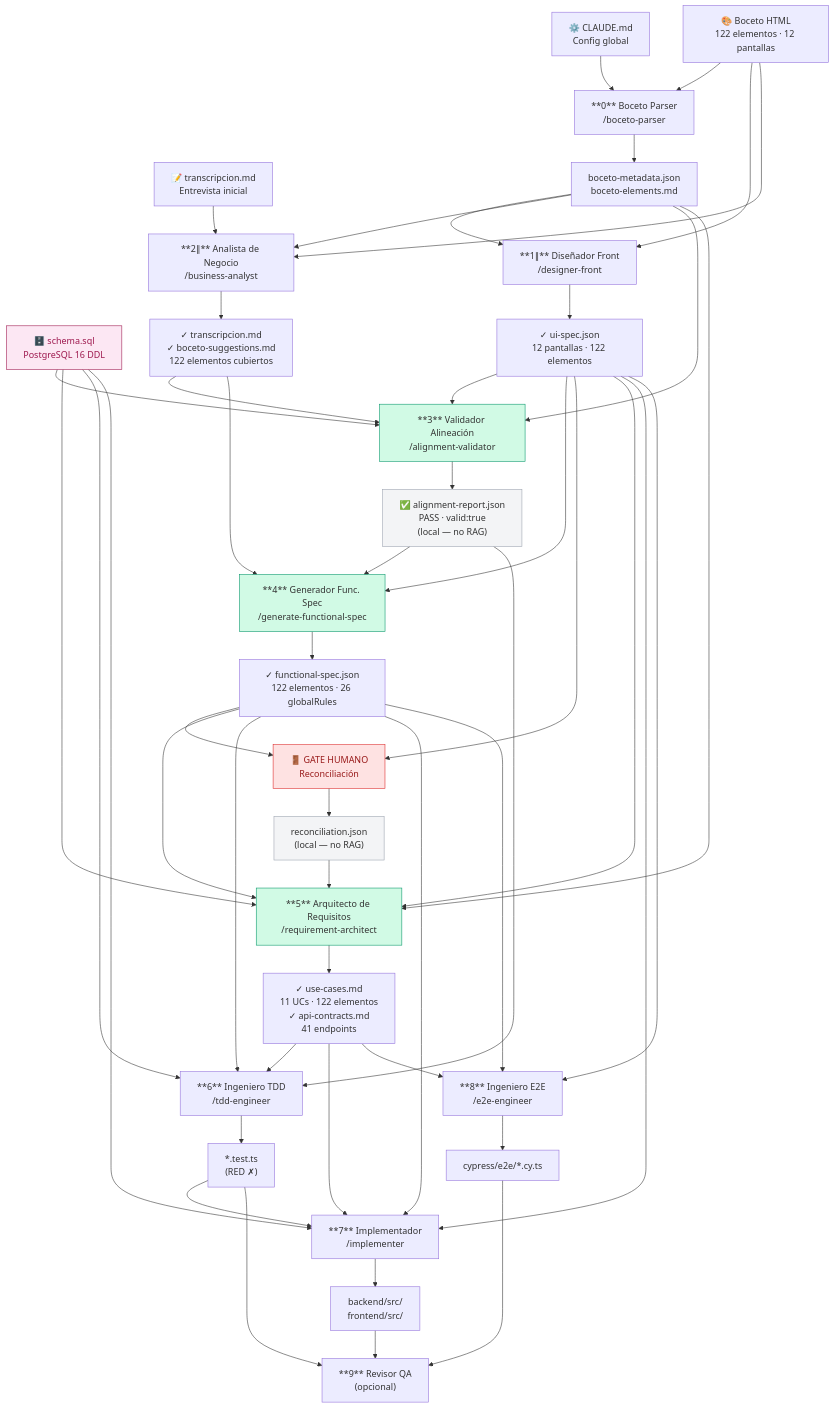
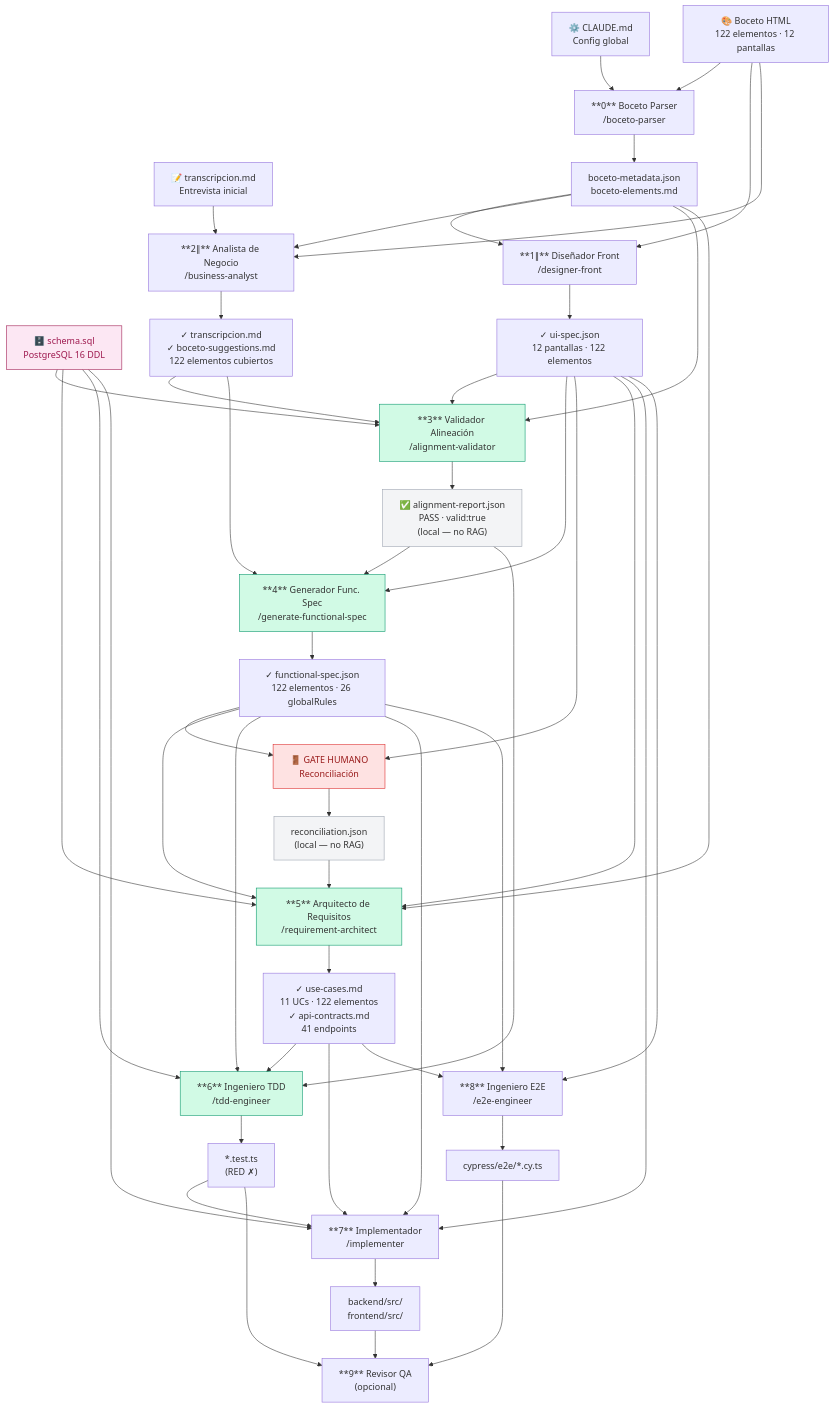
One commit to dbetancorfp/CORRECTOR_DE_PROYECTOS changed the diagram in docs/flujo.md. Above: the diagram before and after it, drawn with Mermaid. The commit also changed 14 other files, not shown here.

```diff
--- a/docs/flujo.md
+++ b/docs/flujo.md
@@ -85,6 +85,7 @@
     style A3 fill:#d1fae5,stroke:#059669
     style A4 fill:#d1fae5,stroke:#059669
     style A5 fill:#d1fae5,stroke:#059669
+    style A6 fill:#d1fae5,stroke:#059669
     style SCHEMA fill:#fce7f3,stroke:#9d174d,color:#9d174d
     style ALIGN fill:#f3f4f6,stroke:#9ca3af
     style RECON fill:#f3f4f6,stroke:#9ca3af
```
